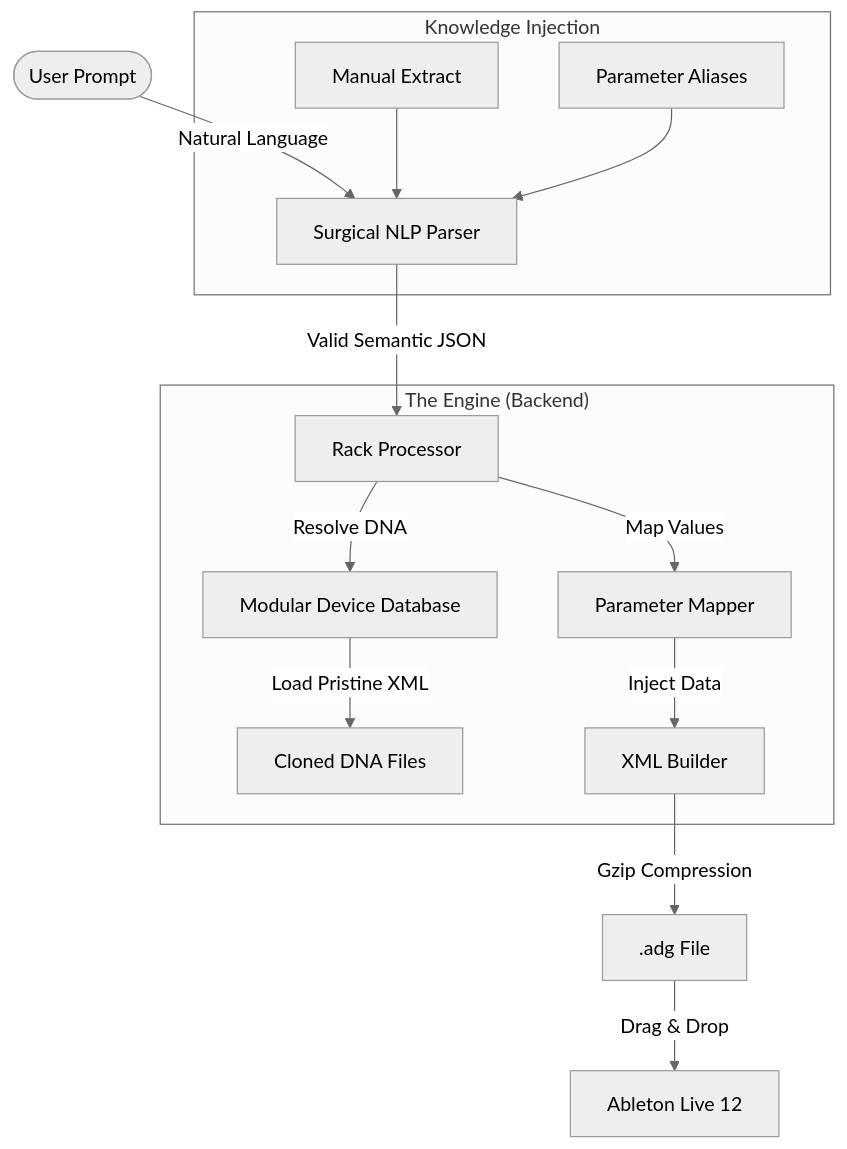
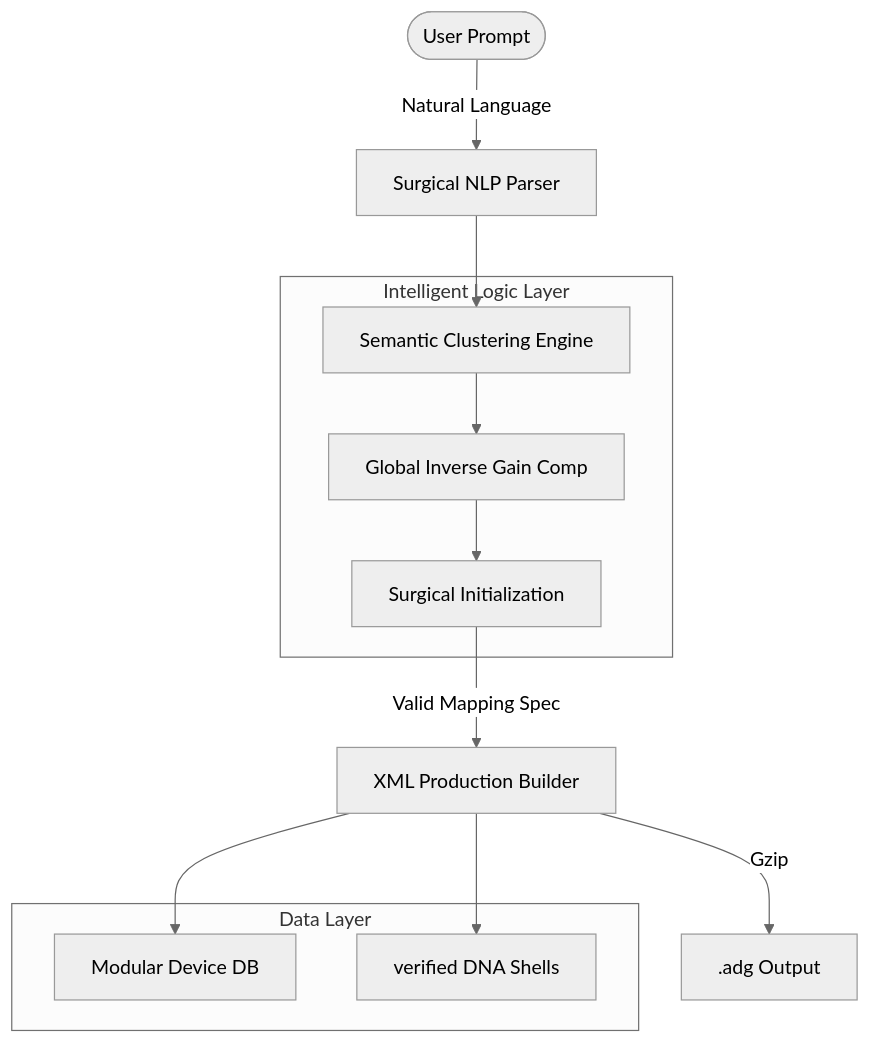
The diagram in README.md (GiovanniRaniolo/ableton-rack-generator), drawn with Mermaid (neutral theme) before and after one commit. The commit also changed other lines of this file and 17 other files, not shown here.

First line of the commit message:
feat: Production Release V7.0 - Semantic Clustering, Global Gain & Surgical Init

````diff
--- a/README.md
+++ b/README.md
@@ -55,21 +46,25 @@
 ```mermaid
 graph TD
     User([User Prompt]) -->|Natural Language| NLP[Surgical NLP Parser]
     
-    subgraph "Knowledge Injection"
-        KB[Manual Extract] --> NLP
-        Alias[Parameter Aliases] --> NLP
+    subgraph "Intelligent Logic Layer"
+        Cluster[Semantic Clustering Engine]
+        Gain[Global Inverse Gain Comp]
+        Surg[Surgical Initialization]
     end
     
-    NLP -->|Valid Semantic JSON| Processor[Rack Processor]
+    NLP --> Cluster
+    Cluster --> Gain
+    Gain --> Surg
     
-    subgraph "The Engine (Backend)"
-        Processor -->|Resolve DNA| DB[Modular Device Database]
-        DB -->|Load Pristine XML| DNA[Cloned DNA Files]
-        Processor -->|Map Values| Mapper[Parameter Mapper]
-        Mapper -->|Inject Data| Builder[XML Builder]
+    Surg -->|Valid Mapping Spec| Builder[XML Production Builder]
+    
+    subgraph "Data Layer"
+        DB[Modular Device DB]
+        DNA[verified DNA Shells]
     end
     
-    Builder -->|Gzip Compression| ADG[.adg File]
-    ADG -->|Drag & Drop| Live[Ableton Live 12]
+    Builder --> DB
+    Builder --> DNA
+    Builder -->|Gzip| ADG[.adg Output]
 ```
````
